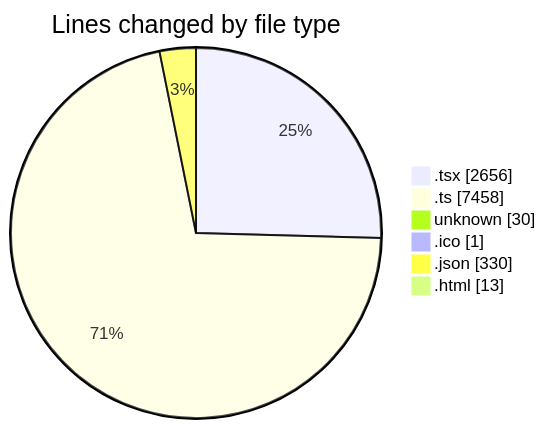
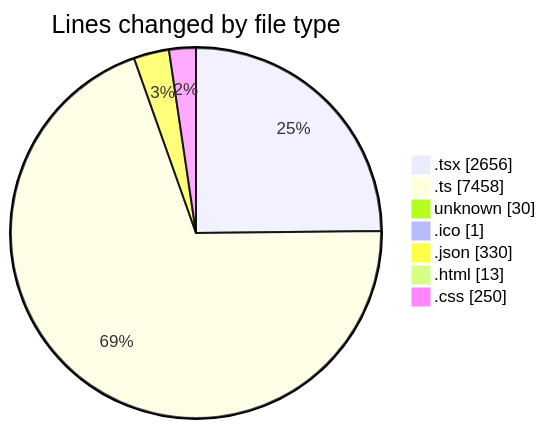
One commit to JenPaints/code-tracking changed the first of 2 diagrams in 2025-06-20/modeljsondesigner/README.md. Above: the diagram before and after it, drawn with Mermaid. The commit also changed other lines of this file and 1 other file, not shown here.

````diff
--- a/2025-06-20/modeljsondesigner/README.md
+++ b/2025-06-20/modeljsondesigner/README.md
@@ -34,10 +35,11 @@
 ```mermaid
 pie showData
 title Lines changed by file type
 ".tsx" : 2656
 ".ts" : 7458
 "unknown" : 30
 ".ico" : 1
 ".json" : 330
 ".html" : 13
+".css" : 250
 ```
````
